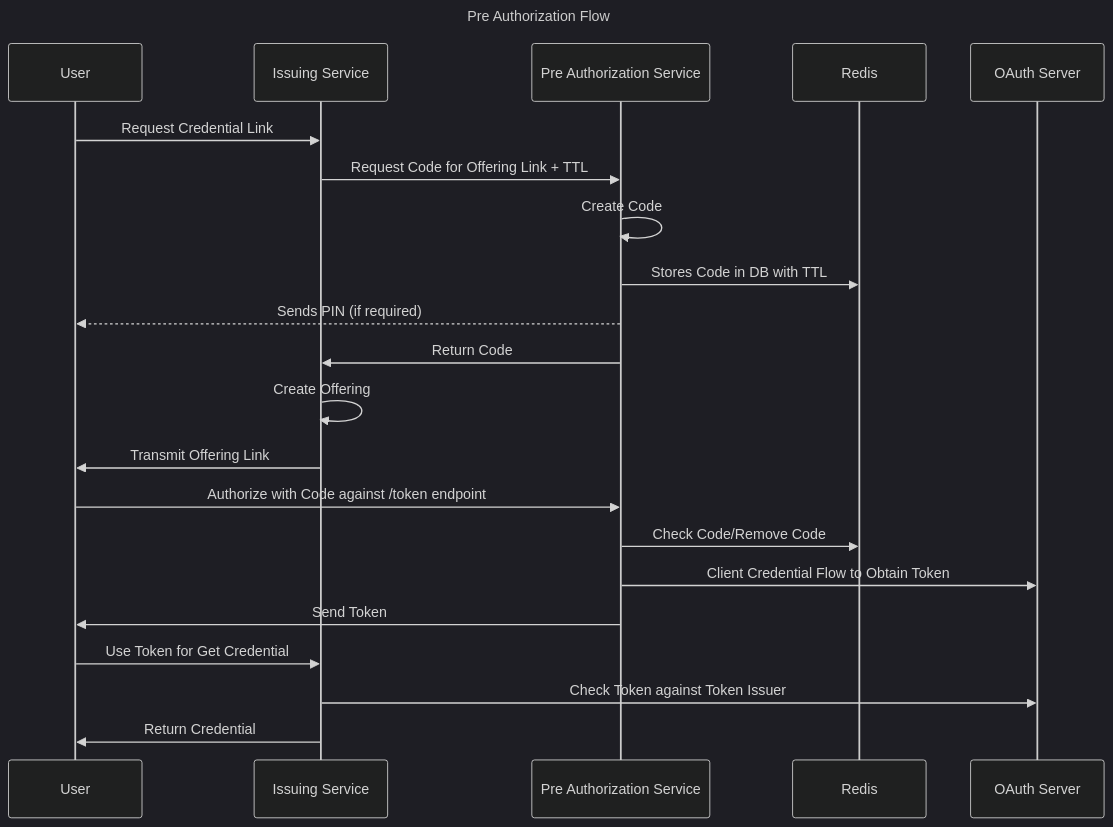
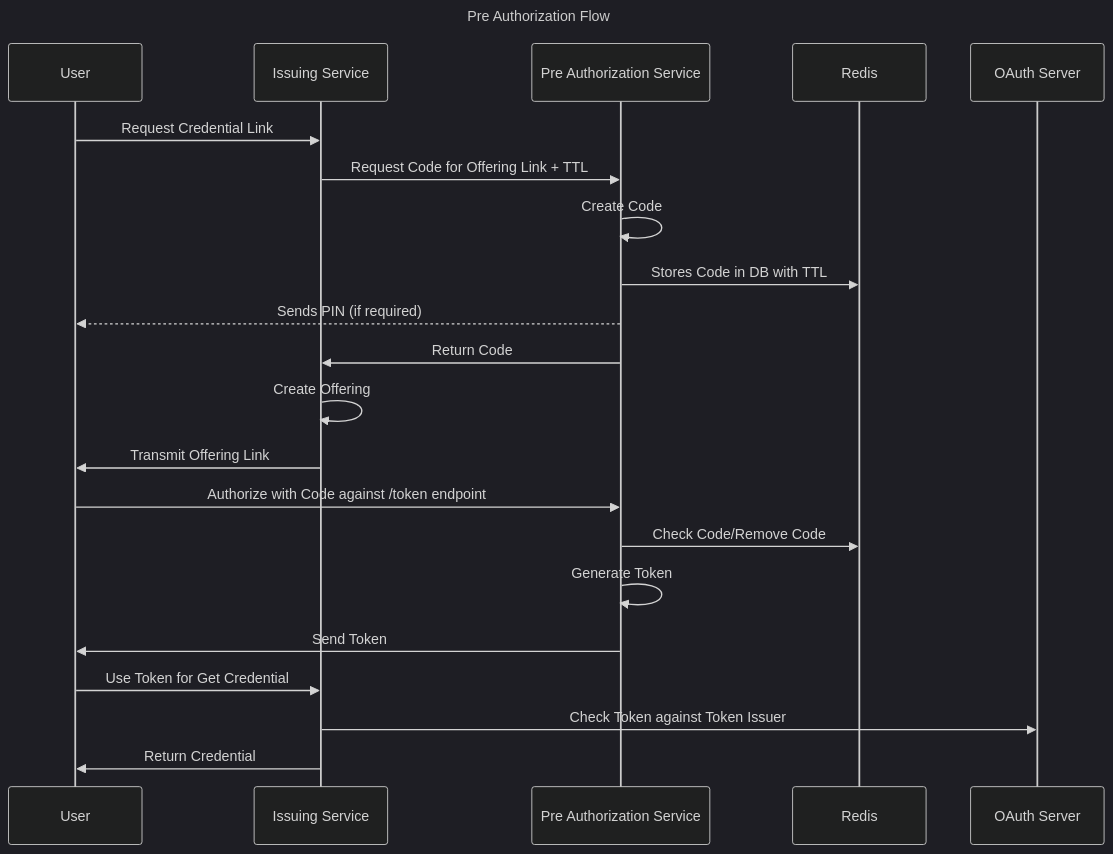
Before and after one commit to eclipse-xfsc/oid4-vci-authorization-bridge: the diagram in README.md, drawn with Mermaid (dark theme). The commit also changed other lines of this file and 20 other files, not shown here.

Commit message:
refactoring for proper subject usage in token, hydra removement, chart refactoring

````diff
--- a/README.md
+++ b/README.md
@@ -9,20 +9,20 @@
 ```mermaid
 sequenceDiagram
 title Pre Authorization Flow
 User ->> Issuing Service: Request Credential Link
 Issuing Service ->> Pre Authorization Service: Request Code for Offering Link + TTL
 Pre Authorization Service->> Pre Authorization Service: Create Code
 Pre Authorization Service->> Redis: Stores Code in DB with TTL
 Pre Authorization Service-->> User: Sends PIN (if required)
 Pre Authorization Service->> Issuing Service: Return Code
 Issuing Service->> Issuing Service: Create Offering
 Issuing Service ->> User: Transmit Offering Link
 User ->> Pre Authorization Service: Authorize with Code against /token endpoint
 Pre Authorization Service->> Redis: Check Code/Remove Code
-Pre Authorization Service->> OAuth Server: Client Credential Flow to Obtain Token
+Pre Authorization Service->> Pre Authorization Service: Generate Token
 Pre Authorization Service->> User: Send Token
 User->> Issuing Service: Use Token for Get Credential
 Issuing Service->> OAuth Server: Check Token against Token Issuer
 Issuing Service ->> User: Return Credential 
 
 ```
````
